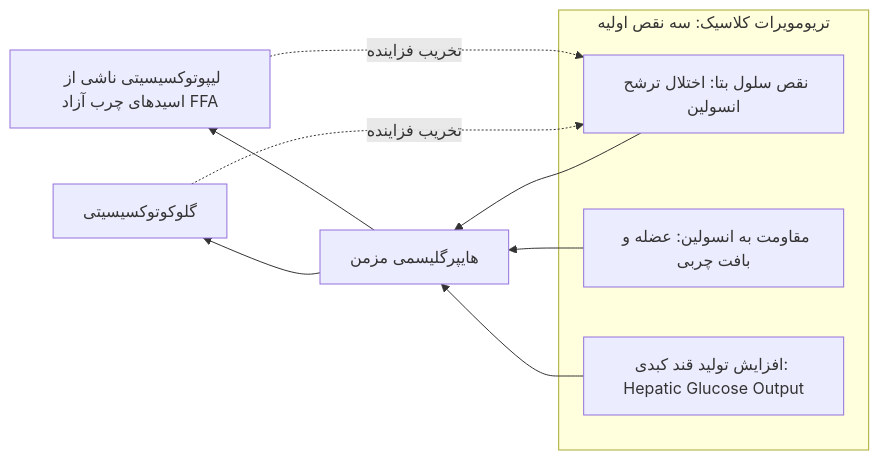
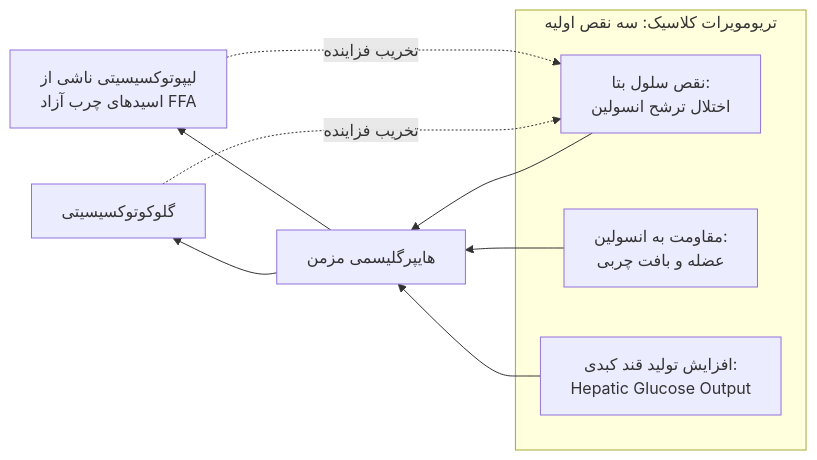
The sixth of 10 diagrams in 07/مبانی غدد/دیابت شیرین.md (neopulse-hub/TUMS-1402-1-neo), drawn with Mermaid before and after one commit.

Commit message:
Update دیابت شیرین.md

````diff
--- a/07/مبانی غدد/دیابت شیرین.md
+++ b/07/مبانی غدد/دیابت شیرین.md
@@ -237,14 +237,14 @@
 ```mermaid
 flowchart RL
     subgraph Triumvirate [تریومویرات کلاسیک: سه نقص اولیه]
-        T1[نقص سلول بتا: اختلال ترشح انسولین]
-        T2[مقاومت به انسولین: عضله و بافت چربی]
-        T3[افزایش تولید قند کبدی: Hepatic Glucose Output]
+        T1[نقص سلول بتا:<br>اختلال ترشح انسولین]
+        T2[مقاومت به انسولین:<br>عضله و بافت چربی]
+        T3[افزایش تولید قند کبدی:<br>Hepatic Glucose Output]
     end
     
     T1 & T2 & T3 --> Hyperglycemia[هایپرگلیسمی مزمن]
     
     Hyperglycemia --> GlucoTox[گلوکوتوکسیسیتی]
-    Hyperglycemia --> LipoTox[لیپوتوکسیسیتی ناشی از اسیدهای چرب آزاد FFA]
+    Hyperglycemia --> LipoTox[لیپوتوکسیسیتی ناشی از<br>اسیدهای چرب آزاد FFA]
     GlucoTox & LipoTox -.->|تخریب فزاینده| T1
 ```
````
